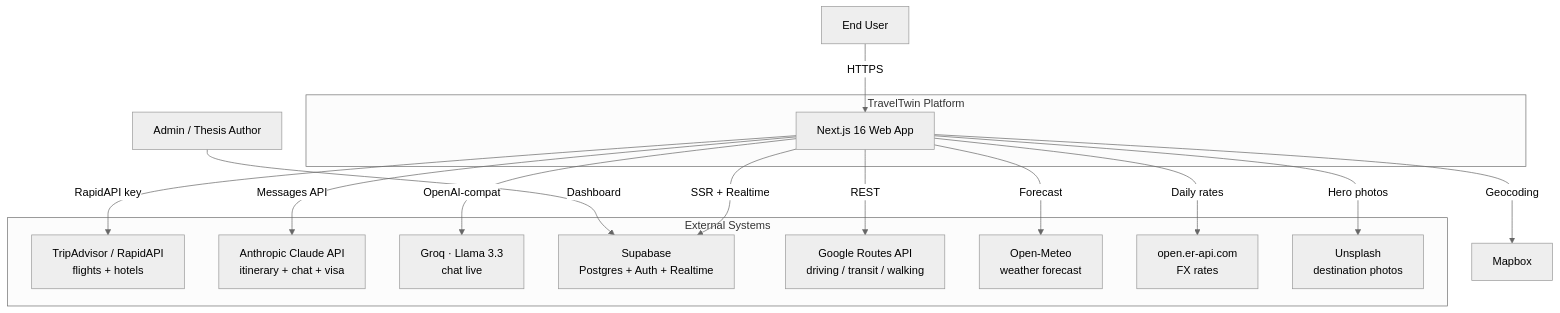
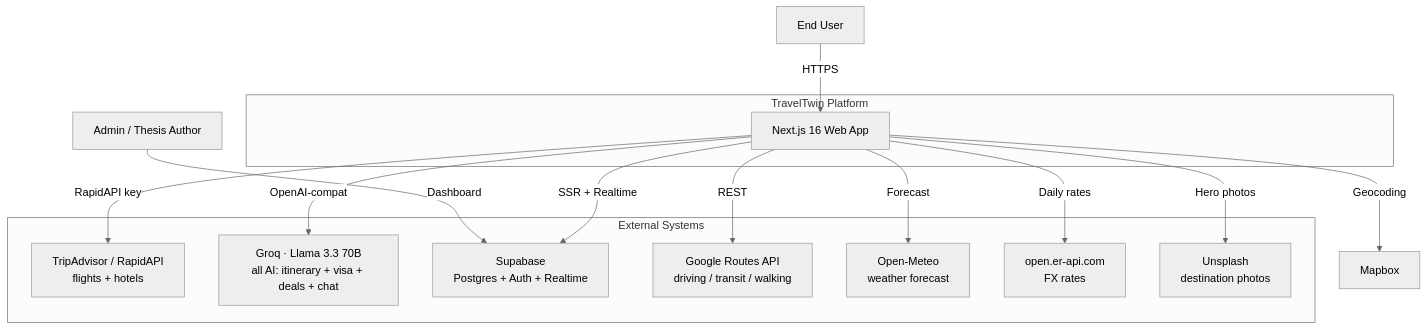
Before and after one commit to robertalc1/TravelTwin: the first of 7 diagrams in docs/architecture.md, drawn with Mermaid (neutral theme). The commit also changed other lines of this file and 10 other files, not shown here.

First line of the commit message:
feat(ai): migrate all AI endpoints from Anthropic Claude to Groq Llama 3.3 70B

````diff
--- a/docs/architecture.md
+++ b/docs/architecture.md
@@ -7,32 +7,30 @@
 ```mermaid
 graph TB
     User[End User]
     Admin[Admin / Thesis Author]
 
     subgraph TT["TravelTwin Platform"]
         Web[Next.js 16 Web App]
     end
 
     subgraph EXT["External Systems"]
         TripAdvisor[TripAdvisor / RapidAPI<br/>flights + hotels]
-        Claude[Anthropic Claude API<br/>itinerary + chat + visa]
-        Groq[Groq · Llama 3.3<br/>chat live]
+        Groq[Groq · Llama 3.3 70B<br/>all AI: itinerary + visa + deals + chat]
         Supabase[Supabase<br/>Postgres + Auth + Realtime]
         GoogleRoutes[Google Routes API<br/>driving / transit / walking]
         OpenMeteo[Open-Meteo<br/>weather forecast]
         ERAPI[open.er-api.com<br/>FX rates]
         Unsplash[Unsplash<br/>destination photos]
     end
 
     User -->|HTTPS| Web
     Admin -->|Dashboard| Supabase
     Web -->|RapidAPI key| TripAdvisor
-    Web -->|Messages API| Claude
     Web -->|OpenAI-compat| Groq
     Web -->|REST| GoogleRoutes
     Web -->|SSR + Realtime| Supabase
     Web -->|Geocoding| Mapbox
     Web -->|Forecast| OpenMeteo
     Web -->|Daily rates| ERAPI
     Web -->|Hero photos| Unsplash
 ```
````
